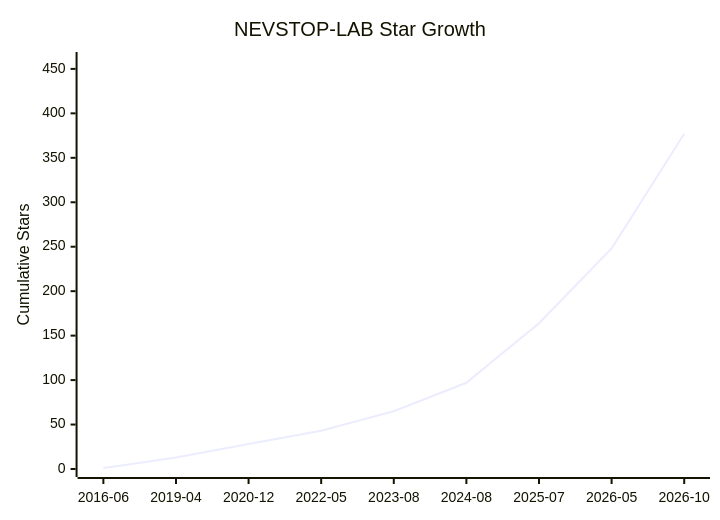
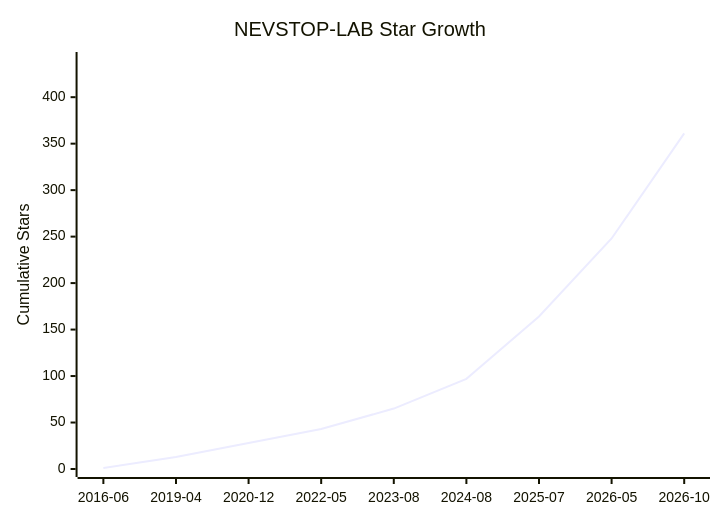
Before and after one commit to NEVSTOP-LAB/.github: the diagram in Star-History.md, drawn with Mermaid. The commit also changed other lines of this file and 2 other files, not shown here.

````diff
--- a/Star-History.md
+++ b/Star-History.md
@@ -8,7 +8,7 @@
 ```mermaid
 xychart-beta
     title "NEVSTOP-LAB Star Growth"
     x-axis ["2016-06", "2019-04", "2020-12", "2022-05", "2023-08", "2024-08", "2025-07", "2026-05", "2026-10"]
-    y-axis "Cumulative Stars" 0 --> 460
-    line [1, 13, 28, 43, 65, 97, 164, 248, 377]
+    y-axis "Cumulative Stars" 0 --> 440
+    line [1, 13, 28, 43, 65, 97, 164, 248, 361]
 ```
````
